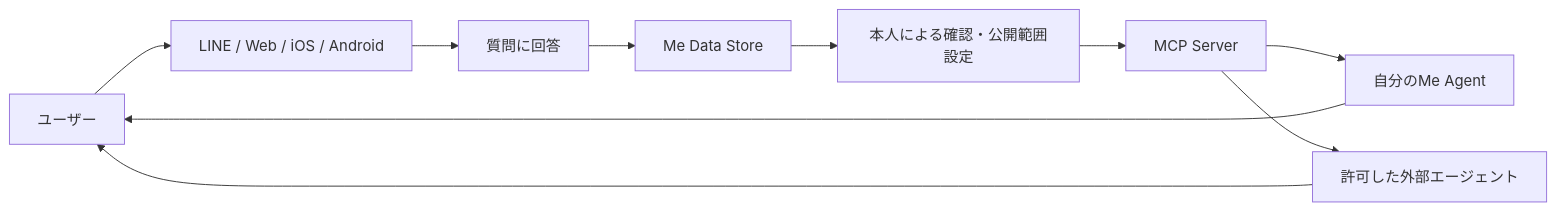
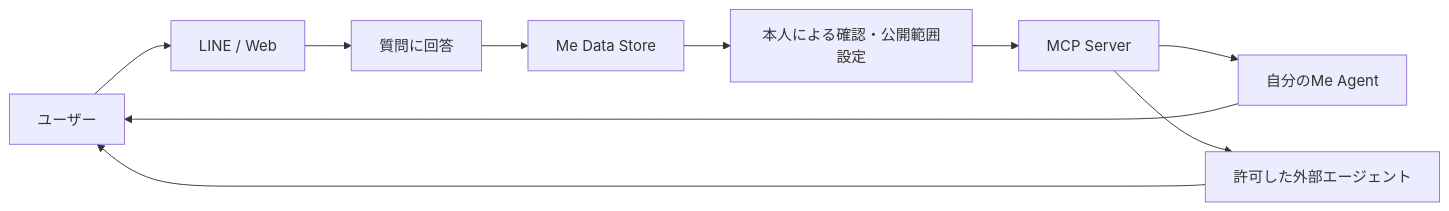
One commit to kkyosuke/me-builder changed the first of 4 diagrams in docs/product/project-overview.md. Above: the diagram before and after it, drawn with Mermaid. The commit also changed other lines of this file and 12 other files, not shown here.

````diff
--- a/docs/product/project-overview.md
+++ b/docs/product/project-overview.md
@@ -82,12 +82,12 @@
 ```mermaid
 flowchart LR
-    U[ユーザー] --> C[LINE / Web / iOS / Android]
+    U[ユーザー] --> C[LINE / Web]
     C --> Q[質問に回答]
     Q --> D[Me Data Store]
     D --> P[本人による確認・公開範囲設定]
     P --> M[MCP Server]
     M --> A1[自分のMe Agent]
     M --> A2[許可した外部エージェント]
     A1 --> U
     A2 --> U
 ```
````
